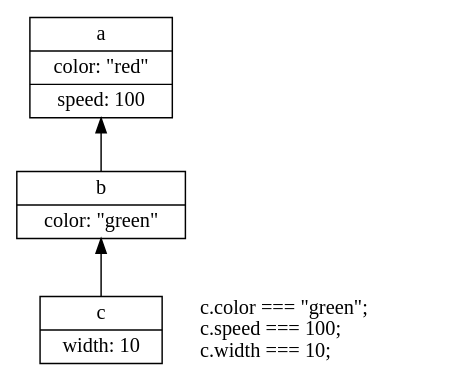
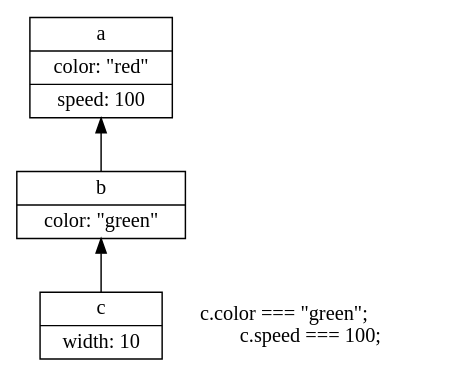
The diagram in diagrams/js/inheritance.dot (devalot/webdev), drawn with Graphviz before and after one commit. The commit also changed 69 other files, not shown here.

```diff
--- a/diagrams/js/inheritance.dot
+++ b/diagrams/js/inheritance.dot
@@ -1,18 +1,18 @@
 digraph proto {
 
   // ###########################################################################
   graph [rankdir=BT];
   node  [shape="record"];
   edge  [label=""];
 
   // ###########################################################################
   object_a [label="{a|color: \"red\"|speed: 100}"];
   object_b [label="{b|color: \"green\"}"];
   object_c [label="{c|width: 10}"];
-  
+
   object_c -> object_b;
   object_b -> object_a;
 
   // ###########################################################################
-  notes [label="c.color === \"green\";\lc.speed === 100;\lc.width === 10;\l", shape="plaintext",  style=""];
+  notes [label="c.color === \"green\";\lc.speed === 100;", shape="plaintext",  style=""];
 }
```
